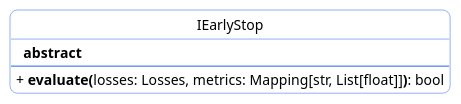
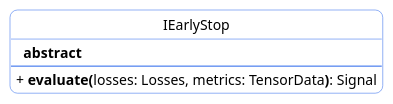
One commit to luralves/bernet changed the diagram in docs/contracts/early_stop.puml. Above: the diagram before and after it, drawn with PlantUML. The commit also changed 7 other files, not shown here.

```diff
--- a/docs/contracts/early_stop.puml
+++ b/docs/contracts/early_stop.puml
@@ -1,28 +1,28 @@
 @startuml early_stop
 ' === Clean modern look ===
 skinparam backgroundColor #FFFFFF
 skinparam classBackgroundColor #FFFFFF
 skinparam classBorderColor #2563EB
 skinparam roundCorner 15
 skinparam shadowing false
 
 ' Hide empty members
 hide empty members
 
 ' Hide circle
 hide circle
 
 ' Remove circles
 skinparam CircledCharacterRadius 10
 
 ' Remove markers from parameters and methods
 skinparam classAttributeIconSize 0
 
 ' ===== Diagram content =====
 class IEarlyStop {
     **  abstract**
     --
-    + ** evaluate(**losses: Losses, metrics: Mapping[str, List[float]]**)**: bool
+    + ** evaluate(**losses: Losses, metrics: TensorData**)**: Signal
 }
 
 @enduml
```
